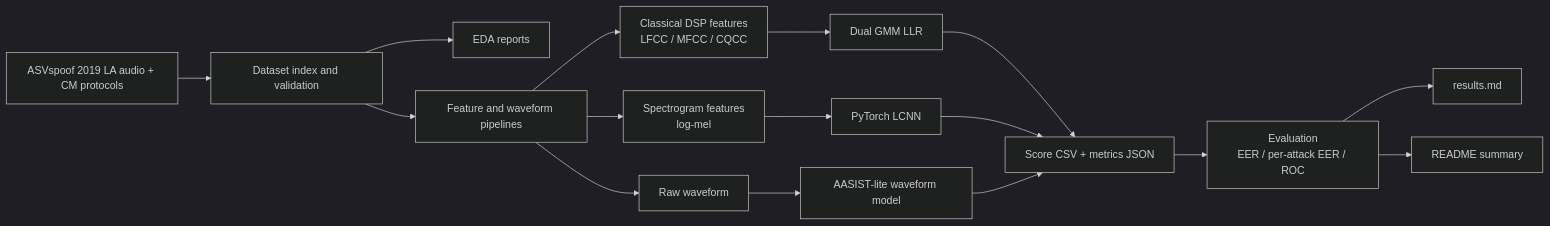
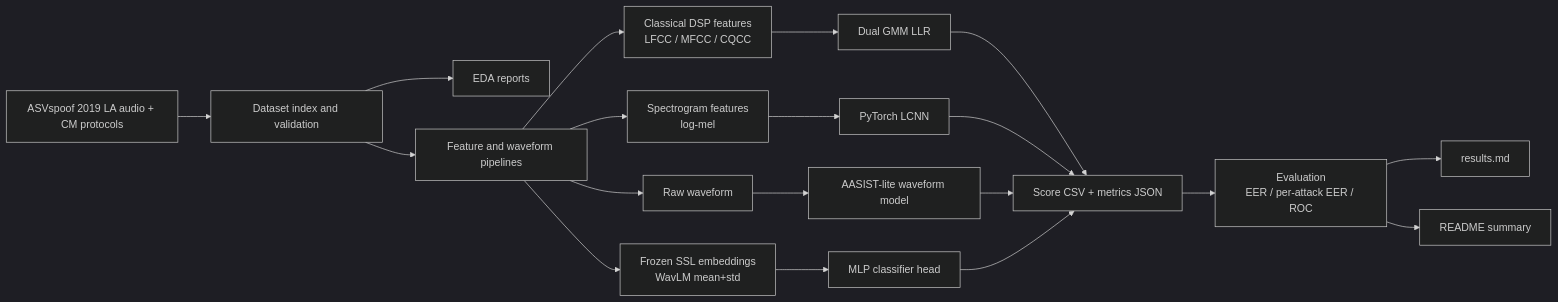
The first of 2 diagrams in plan.md (KrisDcosta/antispoof), drawn with Mermaid (dark theme) before and after one commit. The commit also changed other lines of this file and 5 other files, not shown here.

````diff
--- a/plan.md
+++ b/plan.md
@@ -89,22 +98,25 @@
 ```mermaid
 flowchart LR
   A["ASVspoof 2019 LA audio + CM protocols"] --> B["Dataset index and validation"]
   B --> C["EDA reports"]
   B --> D["Feature and waveform pipelines"]
 
   D --> E1["Classical DSP features<br/>LFCC / MFCC / CQCC"]
   D --> E2["Spectrogram features<br/>log-mel"]
   D --> E3["Raw waveform"]
+  D --> E4["Frozen SSL embeddings<br/>WavLM mean+std"]
 
   E1 --> F1["Dual GMM LLR"]
   E2 --> F2["PyTorch LCNN"]
   E3 --> F3["AASIST-lite waveform model"]
+  E4 --> F4["MLP classifier head"]
 
   F1 --> G["Score CSV + metrics JSON"]
   F2 --> G
   F3 --> G
+  F4 --> G
 
   G --> H["Evaluation<br/>EER / per-attack EER / ROC"]
   H --> I["results.md"]
   H --> J["README summary"]
 ```
````
